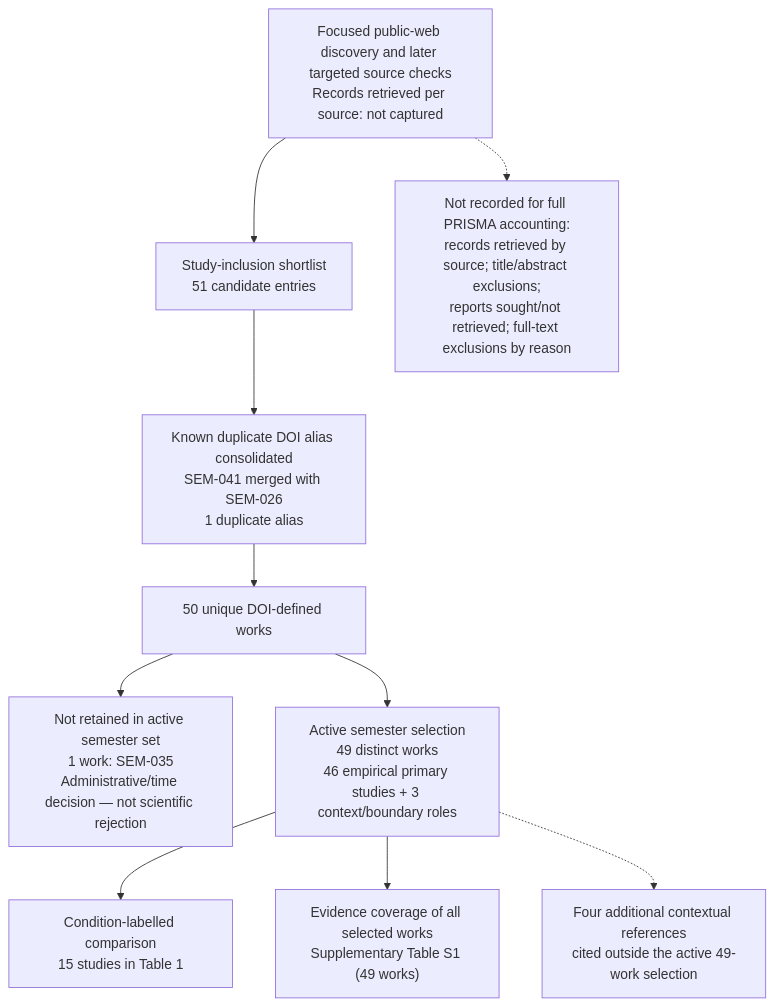
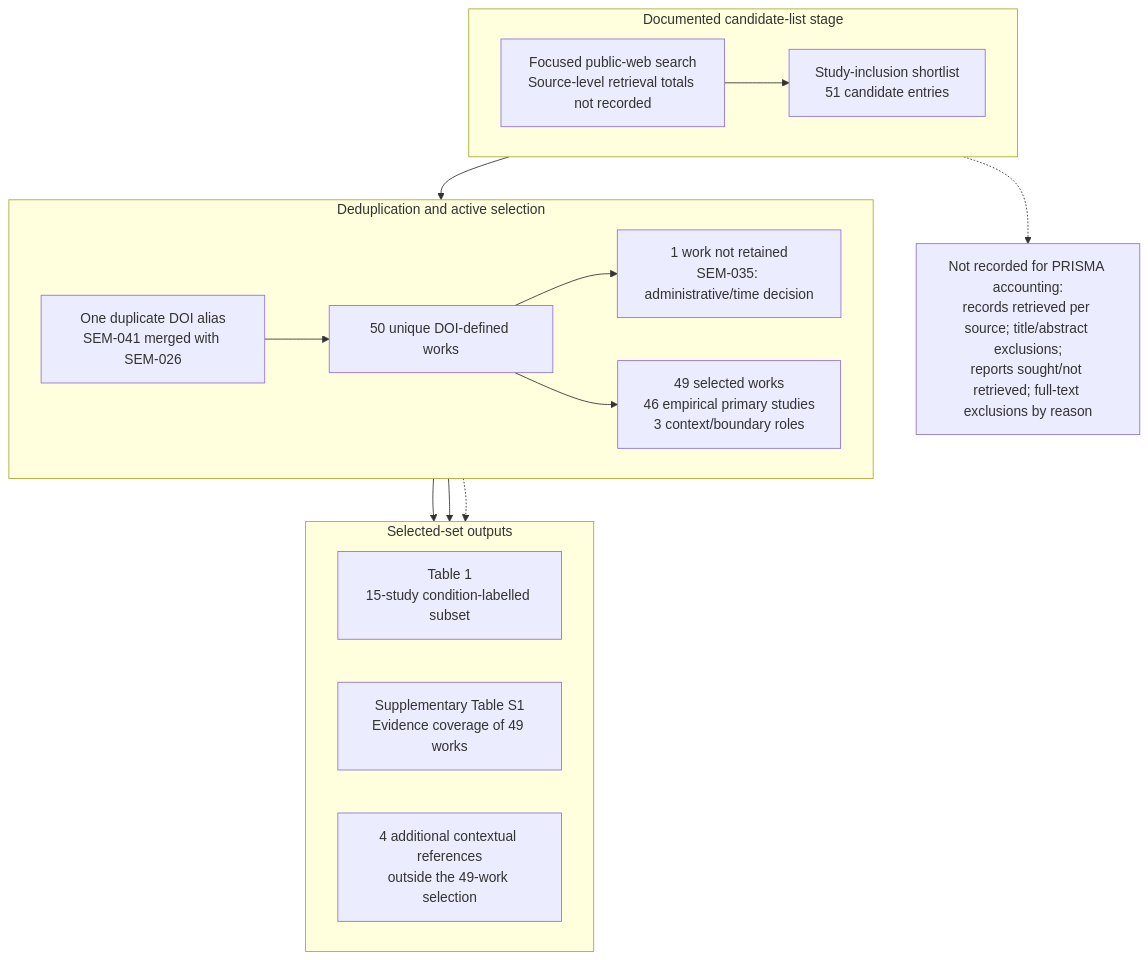
Before and after one commit to zaidkhan005/reviewAdsorbants: the second of 5 diagrams in manuscript/SEMESTER_MANUSCRIPT_ASSEMBLED_SOURCE_V2.md, drawn with Mermaid. The commit also changed other lines of this file, not shown here.

Commit message:
Compact PRISMA-informed flow diagram and keep caption concise

````diff
--- a/manuscript/SEMESTER_MANUSCRIPT_ASSEMBLED_SOURCE_V2.md
+++ b/manuscript/SEMESTER_MANUSCRIPT_ASSEMBLED_SOURCE_V2.md
@@ -140,12 +140,25 @@
 ```mermaid
 flowchart TB
-    A["Focused public-web discovery and later targeted source checks<br/>Records retrieved per source: not captured"] --> B["Study-inclusion shortlist<br/>51 candidate entries"]
-    B --> C["Known duplicate DOI alias consolidated<br/>SEM-041 merged with SEM-026<br/>1 duplicate alias"]
-    C --> D["50 unique DOI-defined works"]
-    D --> E["Not retained in active semester set<br/>1 work: SEM-035<br/>Administrative/time decision — not scientific rejection"]
-    D --> F["Active semester selection<br/>49 distinct works<br/>46 empirical primary studies + 3 context/boundary roles"]
-    F --> G["Condition-labelled comparison<br/>15 studies in Table 1"]
-    F --> H["Evidence coverage of all selected works<br/>Supplementary Table S1 (49 works)"]
-    A -.-> I["Not recorded for full PRISMA accounting:<br/>records retrieved by source; title/abstract exclusions;<br/>reports sought/not retrieved; full-text exclusions by reason"]
-    F -.-> J["Four additional contextual references<br/>cited outside the active 49-work selection"]
+    subgraph Identification["Documented candidate-list stage"]
+        direction LR
+        A["Focused public-web search<br/>Source-level retrieval totals not recorded"] --> B["Study-inclusion shortlist<br/>51 candidate entries"]
+    end
+    subgraph Selection["Deduplication and active selection"]
+        direction LR
+        C["One duplicate DOI alias<br/>SEM-041 merged with SEM-026"] --> D["50 unique DOI-defined works"]
+        D --> E["1 work not retained<br/>SEM-035: administrative/time decision"]
+        D --> F["49 selected works<br/>46 empirical primary studies<br/>3 context/boundary roles"]
+    end
+    subgraph Outputs["Selected-set outputs"]
+        direction LR
+        G["Table 1<br/>15-study condition-labelled subset"]
+        H["Supplementary Table S1<br/>Evidence coverage of 49 works"]
+        I["4 additional contextual references<br/>outside the 49-work selection"]
+    end
+    B --> C
+    F --> G
+    F --> H
+    F -.-> I
+    J["Not recorded for PRISMA accounting:<br/>records retrieved per source; title/abstract exclusions;<br/>reports sought/not retrieved; full-text exclusions by reason"]
+    B -.-> J
 ```
````
